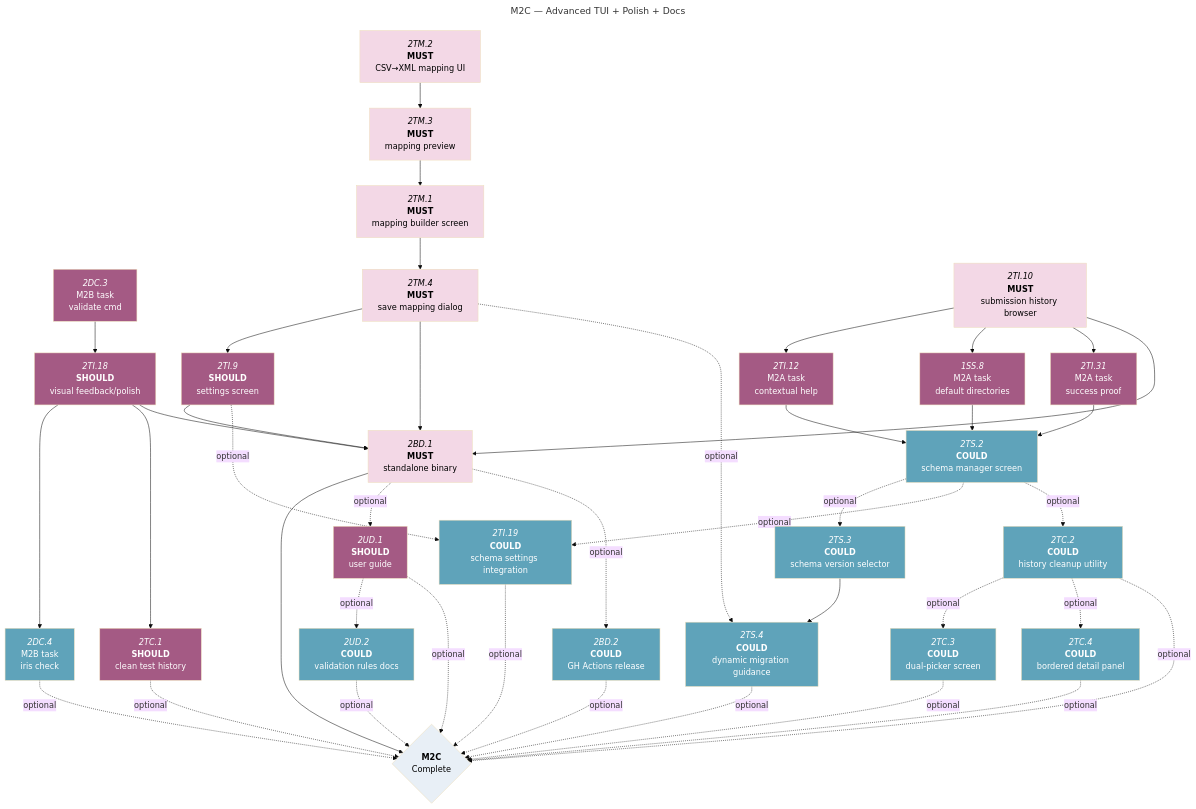
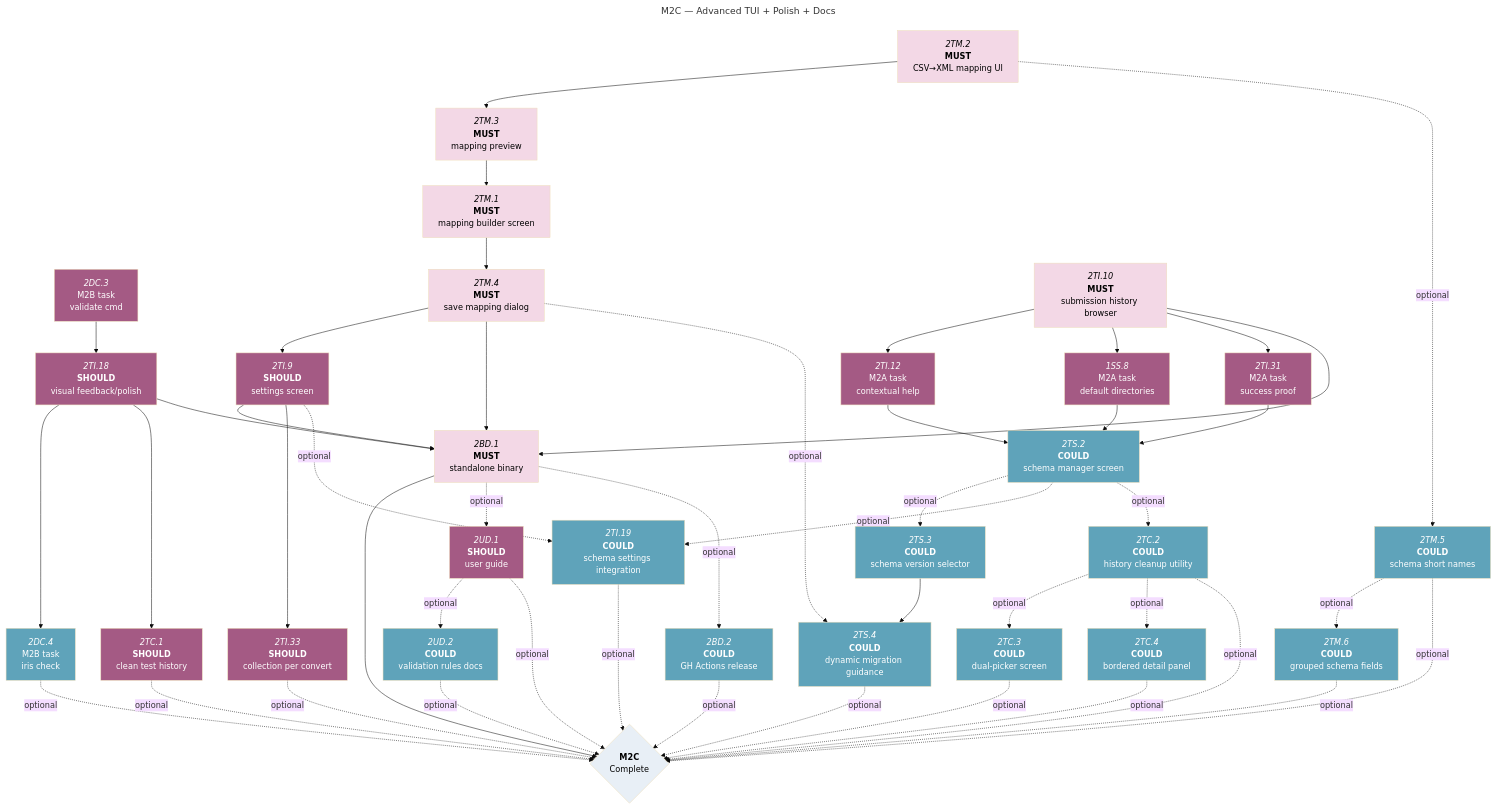
The third of 4 diagrams in docs/roadmaps/phase-1-mvp-features.md (foundersandcoders/iris), drawn with Mermaid (base theme) before and after one commit. The commit also changed other lines of this file, not shown here.

Commit message:
docs: add tasks to roadmap

````diff
--- a/docs/roadmaps/phase-1-mvp-features.md
+++ b/docs/roadmaps/phase-1-mvp-features.md
@@ -223,62 +223,70 @@
 ```mermaid
 ---
 title: M2C — Advanced TUI + Polish + Docs
 ---
 graph TD
 
 2DC.3["`*2DC.3*<br/>M2B task<br/>validate cmd`"]:::should-blocked
 
 2DC.3 --> 2TI.18
 
 2TM.2["`*2TM.2*<br/>**MUST**<br/>CSV→XML mapping UI`"]:::must-blocked --> 2TM.3
 2TM.3["`*2TM.3*<br/>**MUST**<br/>mapping preview`"]:::must-blocked --> 2TM.1
 2TM.1["`*2TM.1*<br/>**MUST**<br/>mapping builder screen`"]:::must-blocked --> 2TM.4
 2TM.4["`*2TM.4*<br/>**MUST**<br/>save mapping dialog`"]:::must-blocked --> 2TI.9
 
 2TI.9["`*2TI.9*<br/>**SHOULD**<br/>settings screen`"]:::should-blocked
+2TI.33["`*2TI.33*<br/>**SHOULD**<br/>collection per convert`"]:::should-blocked
 
 2TI.10["`*2TI.10*<br/>**MUST**<br/>submission history browser`"]:::must-blocked
 2TI.18["`*2TI.18*<br/>**SHOULD**<br/>visual feedback/polish`"]:::should-blocked
 2TC.1["`*2TC.1*<br/>**SHOULD**<br/>clean test history`"]:::should-blocked
 2UD.1["`*2UD.1*<br/>**SHOULD**<br/>user guide`"]:::should-blocked
 2UD.2["`*2UD.2*<br/>**COULD**<br/>validation rules docs`"]:::could-blocked
+2TM.5["`*2TM.5*<br/>**COULD**<br/>schema short names`"]:::could-blocked
+2TM.6["`*2TM.6*<br/>**COULD**<br/>grouped schema fields`"]:::could-blocked
 2TC.2["`*2TC.2*<br/>**COULD**<br/>history cleanup utility`"]:::could-blocked
 2TC.3["`*2TC.3*<br/>**COULD**<br/>dual-picker screen`"]:::could-blocked
 2TC.4["`*2TC.4*<br/>**COULD**<br/>bordered detail panel`"]:::could-blocked
 
 2TI.12["`*2TI.12*<br/>M2A task<br/>contextual help`"]:::should-blocked
 1SS.8["`*1SS.8*<br/>M2A task<br/>default directories`"]:::should-blocked
 2TI.31["`*2TI.31*<br/>M2A task<br/>success proof`"]:::should-blocked
 2TS.2["`*2TS.2*<br/>**COULD**<br/>schema manager screen`"]:::could-blocked
 2TS.3["`*2TS.3*<br/>**COULD**<br/>schema version selector`"]:::could-blocked --> 2TS.4
 2TS.4["`*2TS.4*<br/>**COULD**<br/>dynamic migration guidance`"]:::could-blocked
 2TI.19["`*2TI.19*<br/>**COULD**<br/>schema settings integration`"]:::could-blocked
 
 2DC.4["`*2DC.4*<br/>M2B task<br/>iris check`"]:::could-blocked
 
 2BD.1["`*2BD.1*<br/>**MUST**<br/>standalone binary`"]:::must-blocked
 2BD.2["`*2BD.2*<br/>**COULD**<br/>GH Actions release`"]:::could-blocked
 
 %% Required dependencies %%
 2TI.10 --> 2TI.12 & 1SS.8 & 2TI.31
 2TI.12 & 1SS.8 & 2TI.31 --> 2TS.2
 2TI.18 --> 2DC.4 & 2TC.1
 2TI.9 & 2TI.10 & 2TI.18 & 2TM.4 --> 2BD.1
 2BD.1 --> phase1
 phase1{"`**M2C**<br/>Complete`"}:::mile
 
+%% New task dependencies %%
+2TI.9 --> 2TI.33
+2TM.2 -.->|optional| 2TM.5
+2TM.5 -.->|optional| 2TM.6
+
 %% Optional dependencies %%
 2BD.1 -.->|optional| 2UD.1 & 2BD.2
 2BD.2 -.->|optional| phase1
 2UD.1 -.->|optional| 2UD.2 & phase1
 2TI.9 -.->|optional| 2TI.19
 2TM.4 -.->|optional| 2TS.4
 2TS.2 -.->|optional| 2TS.3 & 2TI.19 & 2TC.2
 2TC.2 -.->|optional| 2TC.3 & 2TC.4
-2TI.19 & 2TS.4 & 2UD.2 & 2DC.4 & 2TC.1 & 2TC.2 & 2TC.3 & 2TC.4 -.->|optional| phase1
+2TI.33 & 2TM.5 & 2TM.6 & 2TI.19 & 2TS.4 & 2UD.2 & 2DC.4 & 2TC.1 & 2TC.2 & 2TC.3 & 2TC.4 -.->|optional| phase1
 
 classDef must-blocked fill:#F3D8E6,color:#000;
 classDef should-blocked fill:#A45A84,color:#fff;
 classDef could-blocked fill:#5FA3BA,color:#fff;
 classDef mile fill:#E8EFF6,color:#000;
 ```
````
